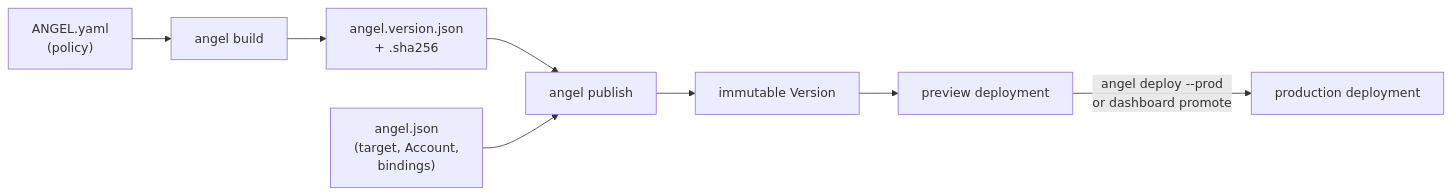
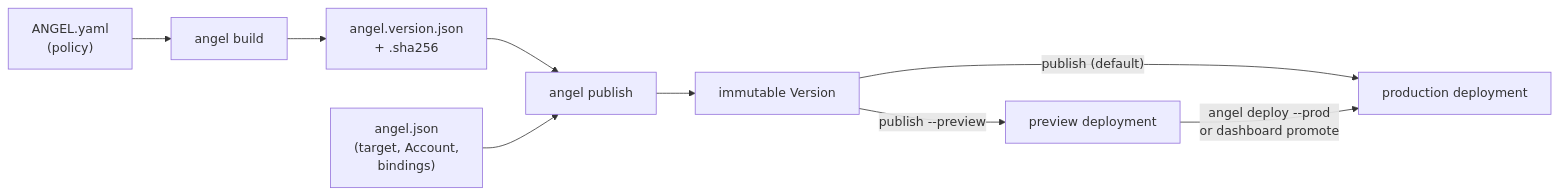
The third of 3 diagrams in docs/user-manual.md (exocognito/angel-cloud), drawn with Mermaid before and after one commit. The commit also changed other lines of this file and 6 other files, not shown here.

````diff
--- a/docs/user-manual.md
+++ b/docs/user-manual.md
@@ -434,10 +434,11 @@
 ```mermaid
 flowchart LR
     Y["ANGEL.yaml\n(policy)"] --> BLD["angel build"]
     BLD --> ART["angel.version.json\n+ .sha256"]
     ART --> PUB["angel publish"]
     J["angel.json\n(target, Account,\nbindings)"] --> PUB
     PUB --> V["immutable Version"]
-    V --> S["preview deployment"]
-    S -->|"angel deploy --prod\nor dashboard promote"| PR["production deployment"]
+    V -->|"publish (default)"| PR["production deployment"]
+    V -->|"publish --preview"| S["preview deployment"]
+    S -->|"angel deploy --prod\nor dashboard promote"| PR
 ```
````
